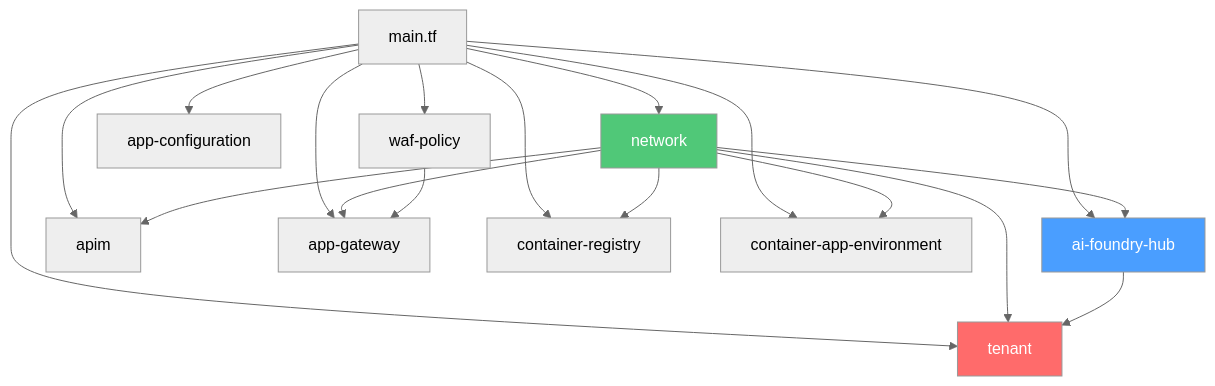
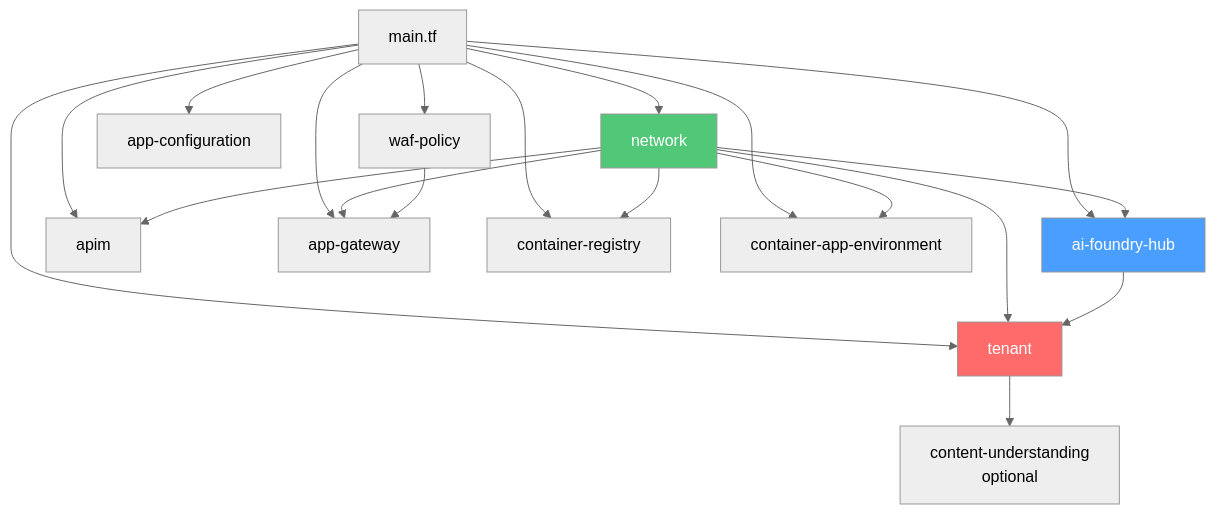
Before and after one commit to bcgov/ai-hub-tracking: the fourth of 11 diagrams in infra-ai-hub/README.md, drawn with Mermaid (neutral theme). The commit also changed other lines of this file and 78 other files, not shown here.

````diff
--- a/infra-ai-hub/README.md
+++ b/infra-ai-hub/README.md
@@ -204,26 +217,27 @@
 ```mermaid
 flowchart TD
     MAIN[main.tf] --> NET[network]
     MAIN --> HUB[ai-foundry-hub]
     MAIN --> TENANT[tenant]
     MAIN --> APIM[apim]
     MAIN --> APPGW[app-gateway]
     MAIN --> WAF[waf-policy]
     MAIN --> ACR[container-registry]
     MAIN --> ACA[container-app-environment]
     MAIN --> APPCONF[app-configuration]
     
     NET --> HUB
     NET --> TENANT
     NET --> APIM
     NET --> APPGW
     NET --> ACR
     NET --> ACA
     
     HUB --> TENANT
+    TENANT --> CU[content-understanding<br/>optional]
     WAF --> APPGW
     
     style NET fill:#50c878,color:#fff
     style HUB fill:#4a9eff,color:#fff
     style TENANT fill:#ff6b6b,color:#fff
 ```
````
